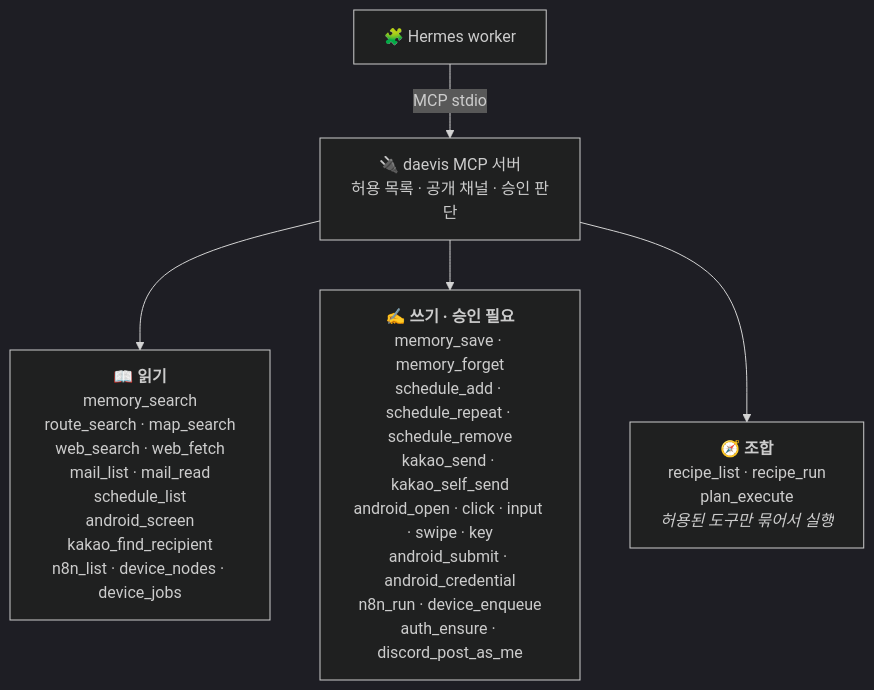
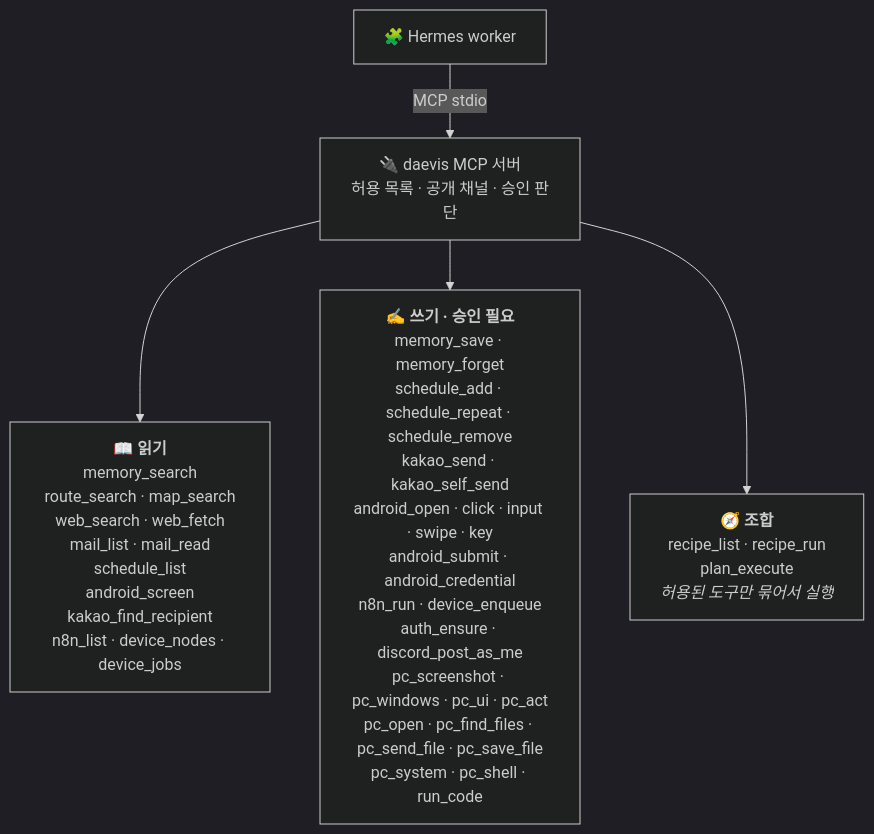
Before and after one commit to beans3142/personal-agent: the third of 3 diagrams in README.md, drawn with Mermaid (dark theme). The commit also changed other lines of this file and 30 other files, not shown here.

````diff
--- a/README.md
+++ b/README.md
@@ -126,7 +128,7 @@
 ```mermaid
 flowchart TD
     hermes["🧩 Hermes worker"] -- "MCP stdio" --> mcp["🔌 daevis MCP 서버<br/>허용 목록 · 공개 채널 · 승인 판단"]
     mcp --> r["📖 <b>읽기</b><br/>memory_search<br/>route_search · map_search<br/>web_search · web_fetch<br/>mail_list · mail_read<br/>schedule_list<br/>android_screen<br/>kakao_find_recipient<br/>n8n_list · device_nodes · device_jobs"]
-    mcp --> w["✍️ <b>쓰기 · 승인 필요</b><br/>memory_save · memory_forget<br/>schedule_add · schedule_repeat · schedule_remove<br/>kakao_send · kakao_self_send<br/>android_open · click · input · swipe · key<br/>android_submit · android_credential<br/>n8n_run · device_enqueue<br/>auth_ensure · discord_post_as_me"]
+    mcp --> w["✍️ <b>쓰기 · 승인 필요</b><br/>memory_save · memory_forget<br/>schedule_add · schedule_repeat · schedule_remove<br/>kakao_send · kakao_self_send<br/>android_open · click · input · swipe · key<br/>android_submit · android_credential<br/>n8n_run · device_enqueue<br/>auth_ensure · discord_post_as_me<br/>pc_screenshot · pc_windows · pc_ui · pc_act<br/>pc_open · pc_find_files · pc_send_file · pc_save_file<br/>pc_system · pc_shell · run_code"]
     mcp --> c["🧭 <b>조합</b><br/>recipe_list · recipe_run<br/>plan_execute<br/><i>허용된 도구만 묶어서 실행</i>"]
 ```
````
